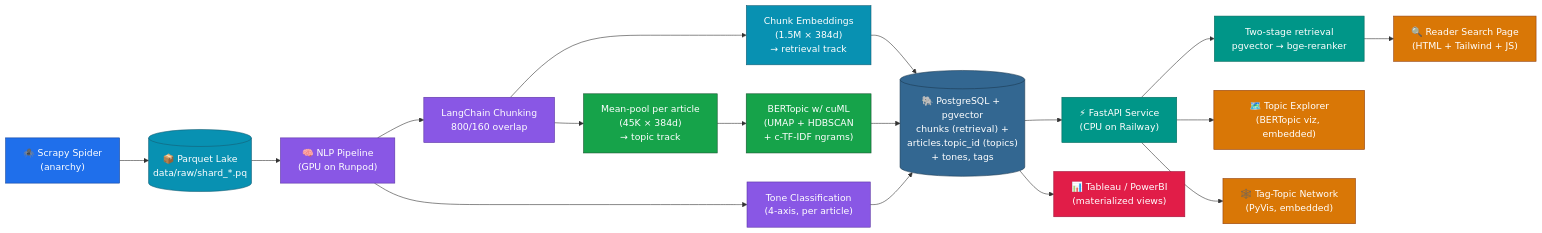
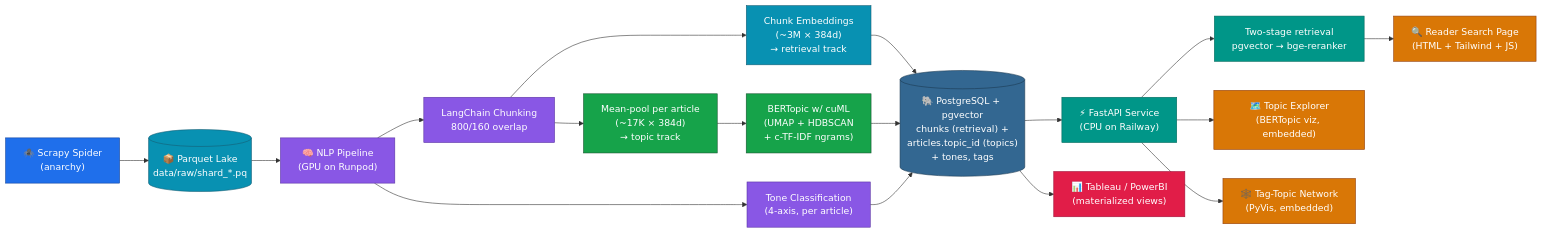
One commit to Humbertxx/anarchy_project changed the first of 5 diagrams in README.md. Above: the diagram before and after it, drawn with Mermaid. The commit also changed other lines of this file and 2 other files, not shown here.

````diff
--- a/README.md
+++ b/README.md
@@ -83,39 +83,39 @@
 ```mermaid
 flowchart LR
     A["🕷️ Scrapy Spider<br/>(anarchy)"] --> B[("📦 Parquet Lake<br/>data/raw/shard_*.pq")]
     B --> C["🧠 NLP Pipeline<br/>(GPU on Runpod)"]
     C --> C1["LangChain Chunking<br/>800/160 overlap"]
-    C1 --> C2A["Chunk Embeddings<br/>(1.5M × 384d)<br/>→ retrieval track"]
-    C1 --> C2B["Mean-pool per article<br/>(45K × 384d)<br/>→ topic track"]
+    C1 --> C2A["Chunk Embeddings<br/>(~3M × 384d)<br/>→ retrieval track"]
+    C1 --> C2B["Mean-pool per article<br/>(~17K × 384d)<br/>→ topic track"]
     C2B --> C3["BERTopic w/ cuML<br/>(UMAP + HDBSCAN<br/>+ c-TF-IDF ngrams)"]
     C --> C4["Tone Classification<br/>(4-axis, per article)"]
     C2A --> D[("🐘 PostgreSQL + pgvector<br/>chunks (retrieval) +<br/>articles.topic_id (topics)<br/>+ tones, tags")]
     C3 --> D
     C4 --> D
     D --> E["⚡ FastAPI Service<br/>(CPU on Railway)"]
     D --> G["📊 Tableau / PowerBI<br/>(materialized views)"]
     E --> E1["Two-stage retrieval<br/>pgvector → bge-reranker"]
     E1 --> F1["🔍 Reader Search Page<br/>(HTML + Tailwind + JS)"]
     E --> F2["🗺️ Topic Explorer<br/>(BERTopic viz, embedded)"]
     E --> F3["🕸️ Tag-Topic Network<br/>(PyVis, embedded)"]
 
     classDef ingest fill:#1f6feb,stroke:#0d419d,color:#fff
     classDef lake fill:#0891b2,stroke:#155e75,color:#fff
     classDef nlp fill:#8957e5,stroke:#5a32a3,color:#fff
     classDef chunk fill:#0891b2,stroke:#155e75,color:#fff
     classDef doc fill:#16a34a,stroke:#14532d,color:#fff
     classDef db fill:#336791,stroke:#1a3a52,color:#fff
     classDef api fill:#009688,stroke:#00695c,color:#fff
     classDef viz fill:#d97706,stroke:#92400e,color:#fff
     classDef bi fill:#e11d48,stroke:#9f1239,color:#fff
 
     class A ingest
     class B lake
     class C,C1,C4 nlp
     class C2A chunk
     class C2B,C3 doc
     class D db
     class E,E1 api
     class F1,F2,F3 viz
     class G bi
 ```
````
